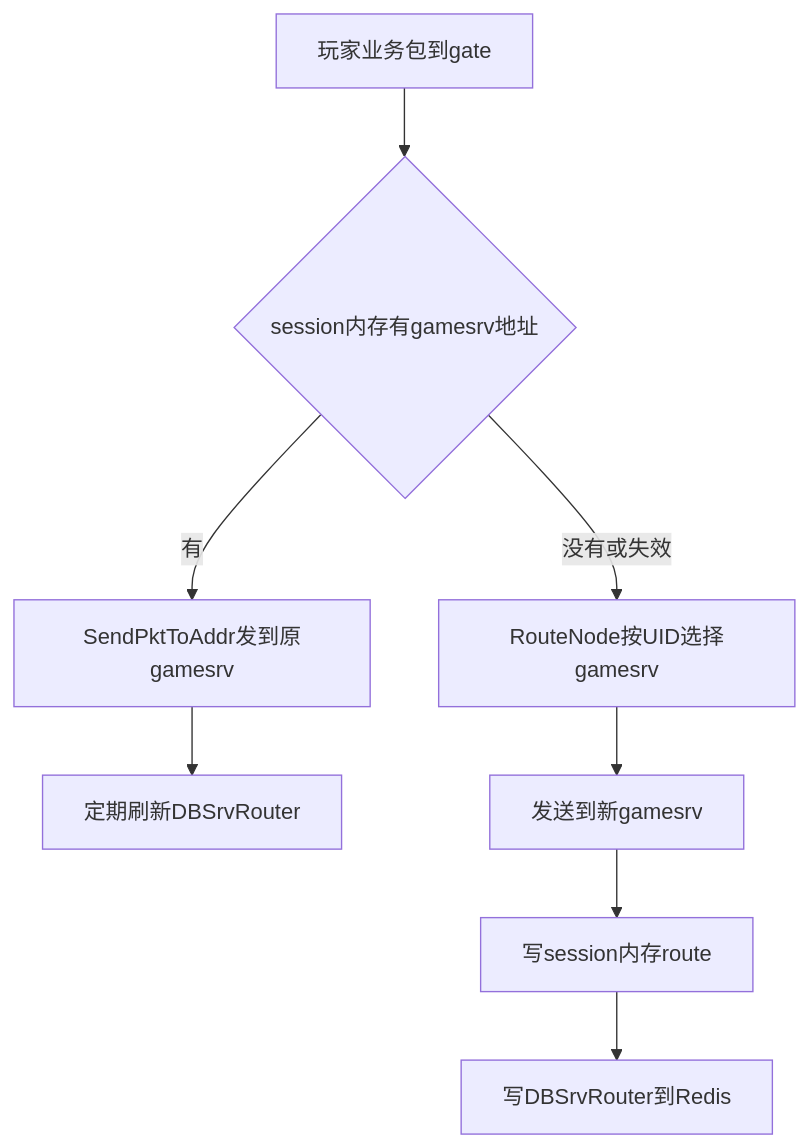
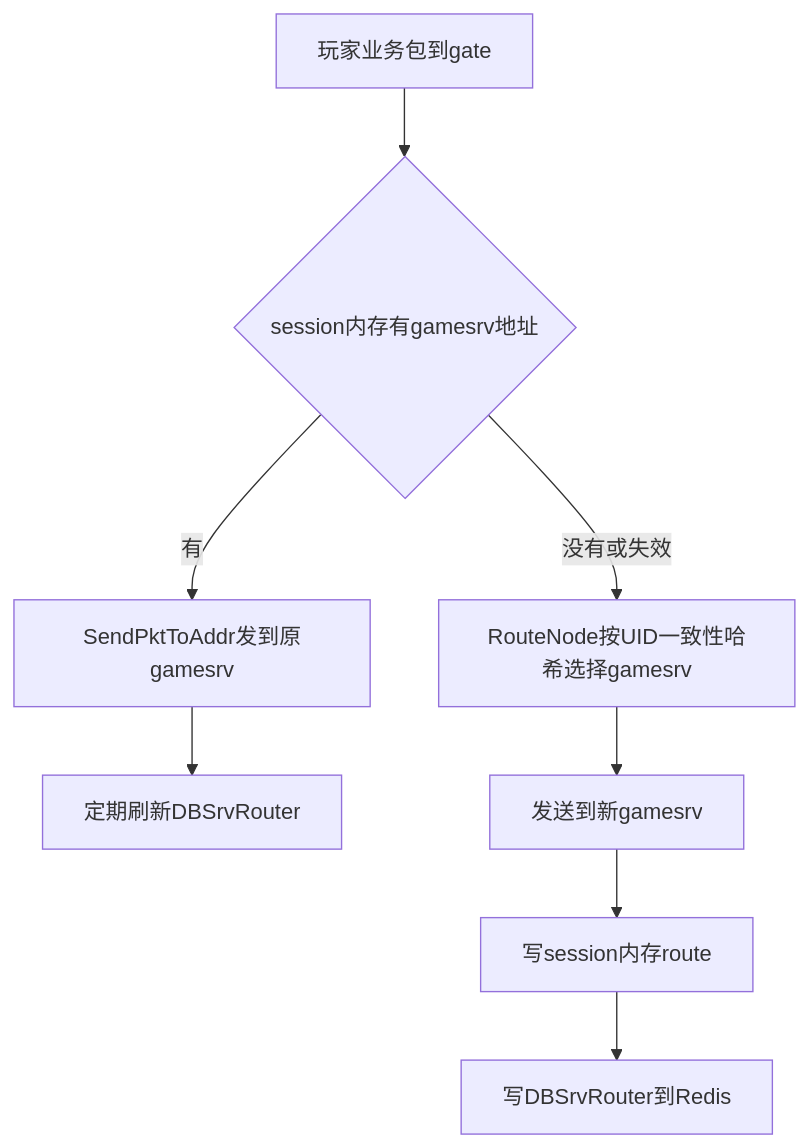
One commit to zhanglei19960726/globalmail changed the second of 5 diagrams in docs/runtime-flows.md. Above: the diagram before and after it, drawn with Mermaid. The commit also changed other lines of this file and 18 other files, not shown here.

````diff
--- a/docs/runtime-flows.md
+++ b/docs/runtime-flows.md
@@ -70,10 +70,10 @@
 ```mermaid
 flowchart TD
     req[玩家业务包到gate] --> memoryRoute{session内存有gamesrv地址}
     memoryRoute -->|有| sendOld[SendPktToAddr发到原gamesrv]
     sendOld --> refresh[定期刷新DBSrvRouter]
-    memoryRoute -->|没有或失效| routeNode[RouteNode按UID选择gamesrv]
+    memoryRoute -->|没有或失效| routeNode[RouteNode按UID一致性哈希选择gamesrv]
     routeNode --> sendNew[发送到新gamesrv]
     sendNew --> saveMemory[写session内存route]
     saveMemory --> saveDB[写DBSrvRouter到Redis]
 ```
````
